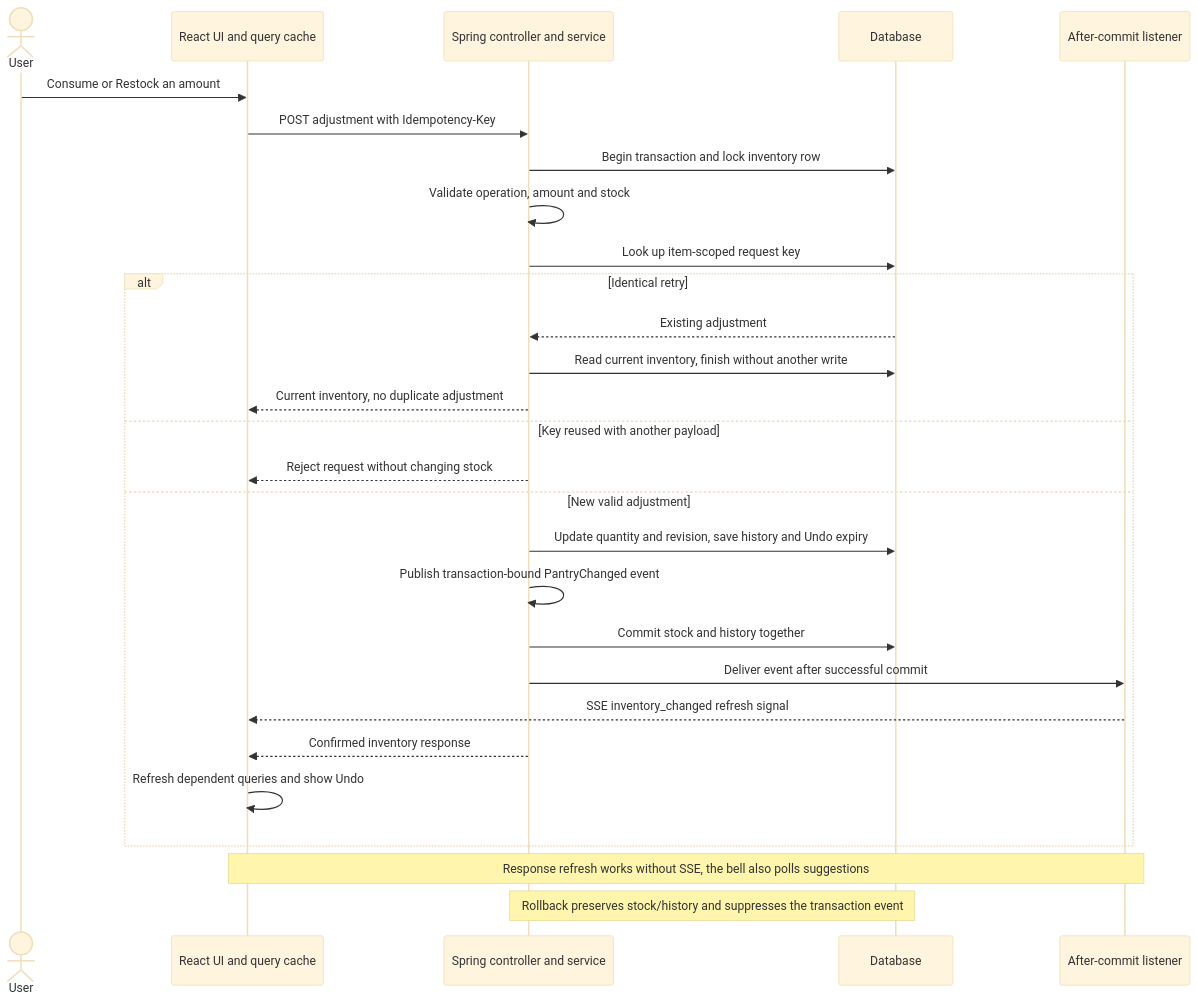
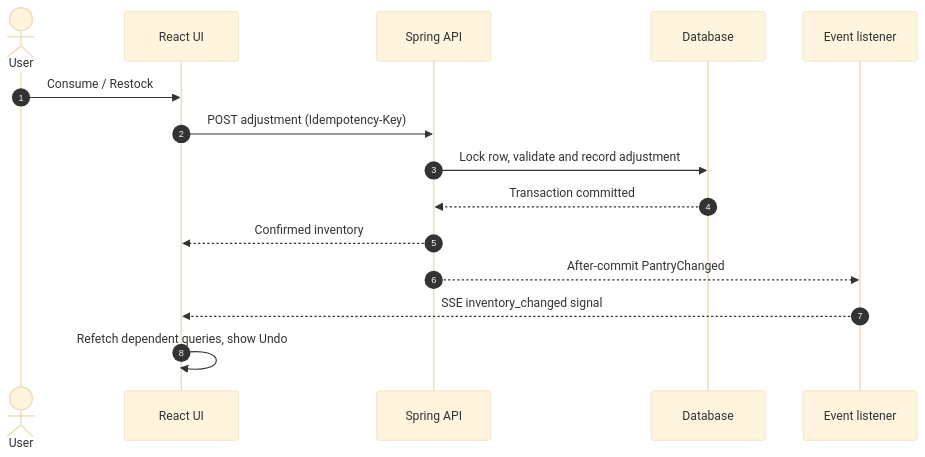
Before and after one commit to chankiahuja/pantry-pal: the eighth of 9 diagrams in docs/ARCHITECTURE.md, drawn with Mermaid (base theme). The commit also changed other lines of this file, not shown here.

Commit message:
docs: port readable architecture diagrams to GS-158

````diff
--- a/docs/ARCHITECTURE.md
+++ b/docs/ARCHITECTURE.md
@@ -93,32 +164,18 @@
 ```mermaid
 sequenceDiagram
+    autonumber
     actor User
-    participant UI as React UI and query cache
-    participant API as Spring controller and service
+    participant UI as React UI
+    participant API as Spring API
     participant DB as Database
-    participant Events as After-commit listener
+    participant SSE as Event listener
 
-    User->>UI: Consume or Restock an amount
-    UI->>API: POST adjustment with Idempotency-Key
-    API->>DB: Begin transaction and lock inventory row
-    API->>API: Validate operation, amount and stock
-    API->>DB: Look up item-scoped request key
-    alt Identical retry
-        DB-->>API: Existing adjustment
-        API->>DB: Read current inventory, finish without another write
-        API-->>UI: Current inventory, no duplicate adjustment
-    else Key reused with another payload
-        API-->>UI: Reject request without changing stock
-    else New valid adjustment
-        API->>DB: Update quantity and revision, save history and Undo expiry
-        API->>API: Publish transaction-bound PantryChanged event
-        API->>DB: Commit stock and history together
-        API->>Events: Deliver event after successful commit
-        Events-->>UI: SSE inventory_changed refresh signal
-        API-->>UI: Confirmed inventory response
-        UI->>UI: Refresh dependent queries and show Undo
-    end
-
-    Note over UI,Events: Response refresh works without SSE, the bell also polls suggestions
-    Note over API,DB: Rollback preserves stock/history and suppresses the transaction event
+    User->>UI: Consume / Restock
+    UI->>API: POST adjustment (Idempotency-Key)
+    API->>DB: Lock row, validate and record adjustment
+    DB-->>API: Transaction committed
+    API-->>UI: Confirmed inventory
+    API-->>SSE: After-commit PantryChanged
+    SSE-->>UI: SSE inventory_changed signal
+    UI->>UI: Refetch dependent queries, show Undo
 ```
````
